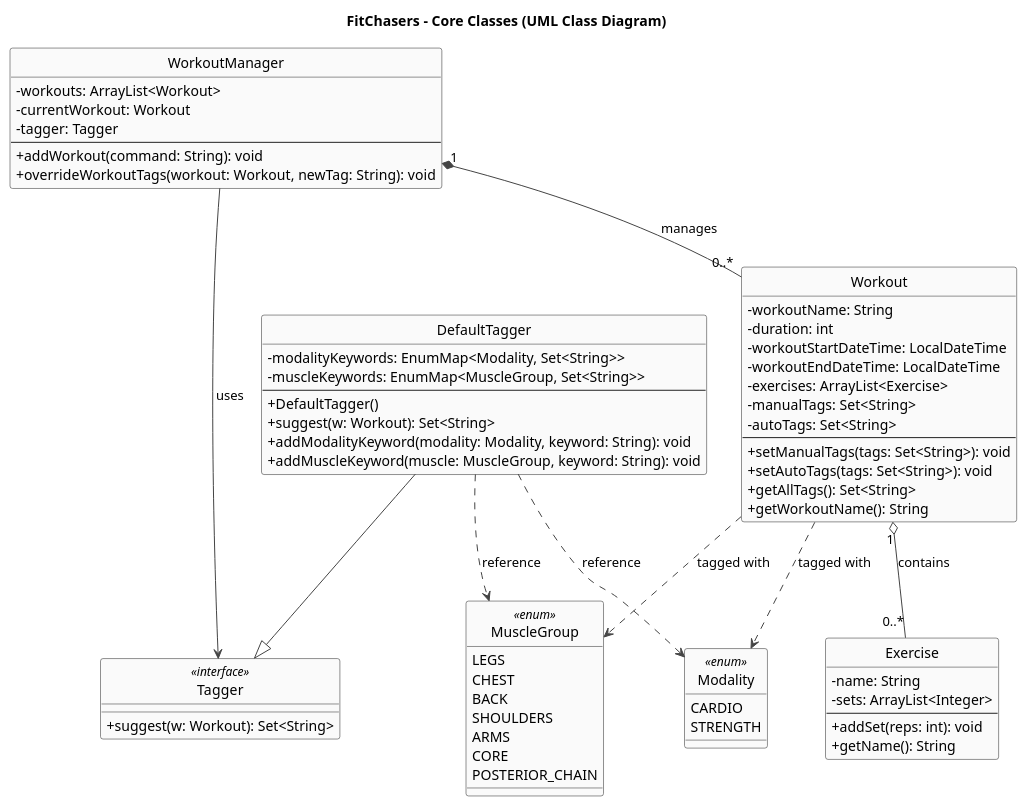
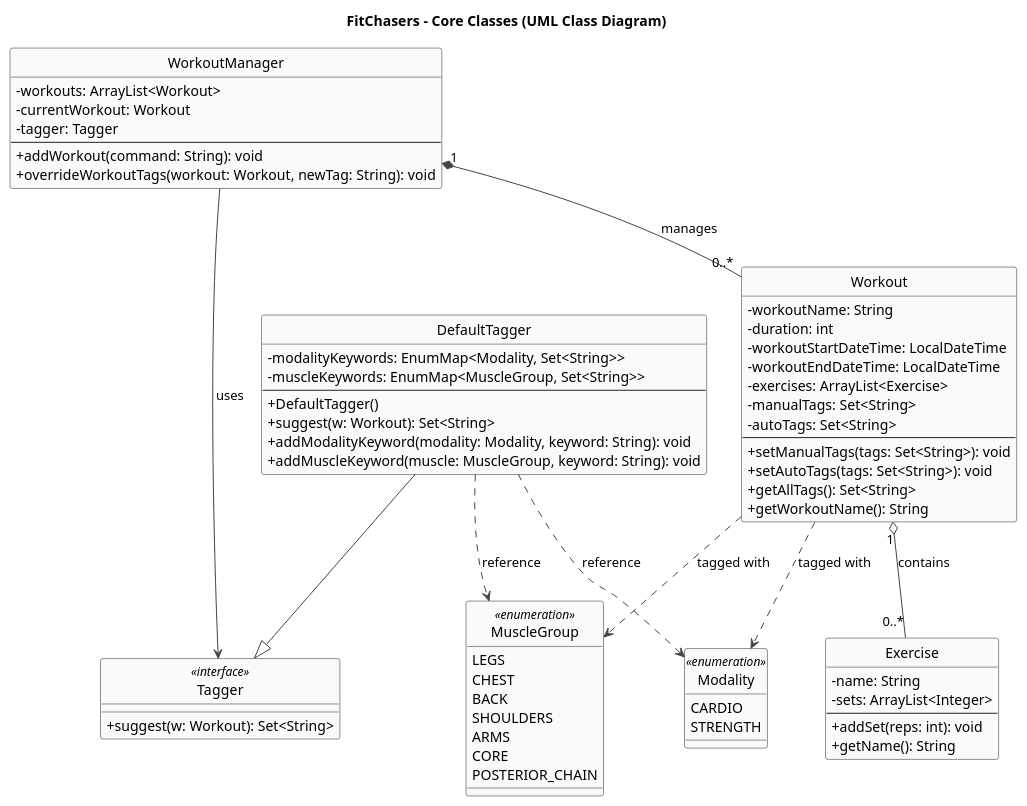
The diagram in docs/diagrams/Class_Diagram_for_tagging.puml (Exceptional-Khoi/tp), drawn with PlantUML before and after one commit.

Commit message:
Enumerations Class Diagram bug fix (#265)

```diff
--- a/docs/diagrams/Class_Diagram_for_tagging.puml
+++ b/docs/diagrams/Class_Diagram_for_tagging.puml
@@ -1,86 +1,86 @@
 @startuml
 title FitChasers – Core Classes (UML Class Diagram)
 
 skinparam shadowing false
 skinparam classAttributeIconSize 0
 skinparam ArrowColor #444
 skinparam ClassBorderColor #222
 skinparam ClassBackgroundColor #FAFAFA
 skinparam NoteBackgroundColor #fff
 skinparam NoteBorderColor #aaa
 
 hide circle
 
 ' ===== Classes & Interfaces =====
 class WorkoutManager {
   -workouts: ArrayList<Workout>
   -currentWorkout: Workout
   -tagger: Tagger
   --
   +addWorkout(command: String): void
   +overrideWorkoutTags(workout: Workout, newTag: String): void
 }
 
 class Tagger <<interface>> {
   +suggest(w: Workout): Set<String>
 }
 
 class DefaultTagger {
   -modalityKeywords: EnumMap<Modality, Set<String>>
   -muscleKeywords: EnumMap<MuscleGroup, Set<String>>
   --
   +DefaultTagger()
   +suggest(w: Workout): Set<String>
   +addModalityKeyword(modality: Modality, keyword: String): void
   +addMuscleKeyword(muscle: MuscleGroup, keyword: String): void
 }
 
 class Workout {
   -workoutName: String
   -duration: int
   -workoutStartDateTime: LocalDateTime
   -workoutEndDateTime: LocalDateTime
   -exercises: ArrayList<Exercise>
   -manualTags: Set<String>
   -autoTags: Set<String>
   --
   +setManualTags(tags: Set<String>): void
   +setAutoTags(tags: Set<String>): void
   +getAllTags(): Set<String>
   +getWorkoutName(): String
 }
 
 class Exercise {
   -name: String
   -sets: ArrayList<Integer>
   --
   +addSet(reps: int): void
   +getName(): String
 }
 
-class Modality <<enum>> {
+class Modality <<enumeration>> {
   CARDIO
   STRENGTH
 }
 
-class MuscleGroup <<enum>> {
+class MuscleGroup <<enumeration>> {
   LEGS
   CHEST
   BACK
   SHOULDERS
   ARMS
   CORE
   POSTERIOR_CHAIN
 }
 
 ' ===== Relationships =====
 WorkoutManager "1" *-- "0..*" Workout : manages
 WorkoutManager --> Tagger : uses
 DefaultTagger --|> Tagger
 Workout "1" o-- "0..*" Exercise : contains
 Workout ..> Modality : tagged with
 Workout ..> MuscleGroup : tagged with
 DefaultTagger ..> Modality : reference
 DefaultTagger ..> MuscleGroup : reference
 
 @enduml
```
